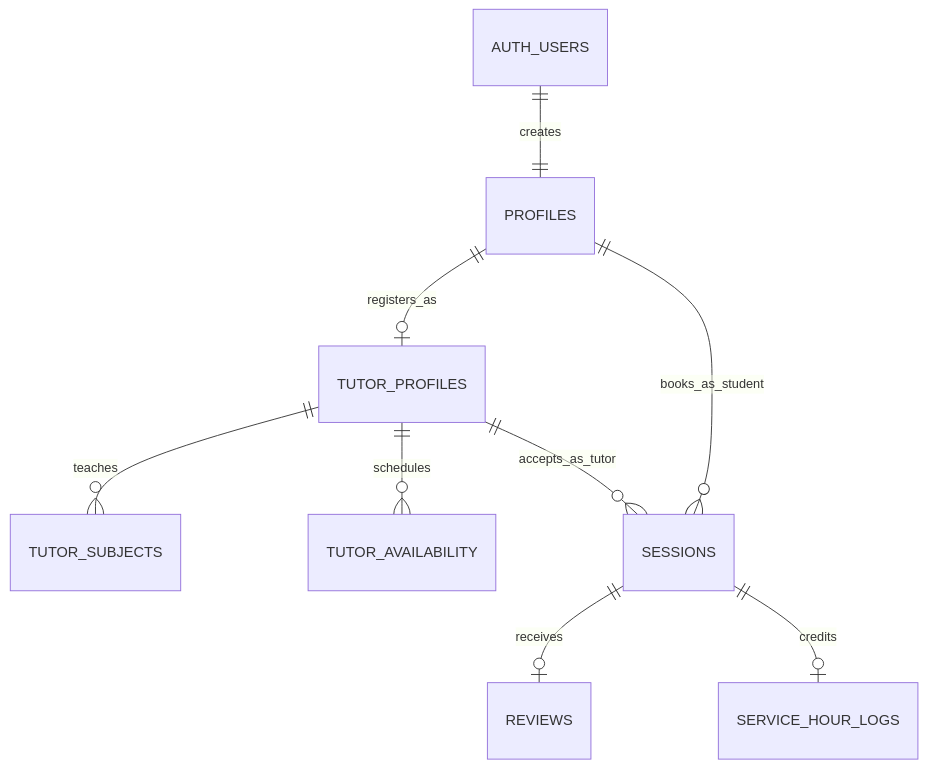
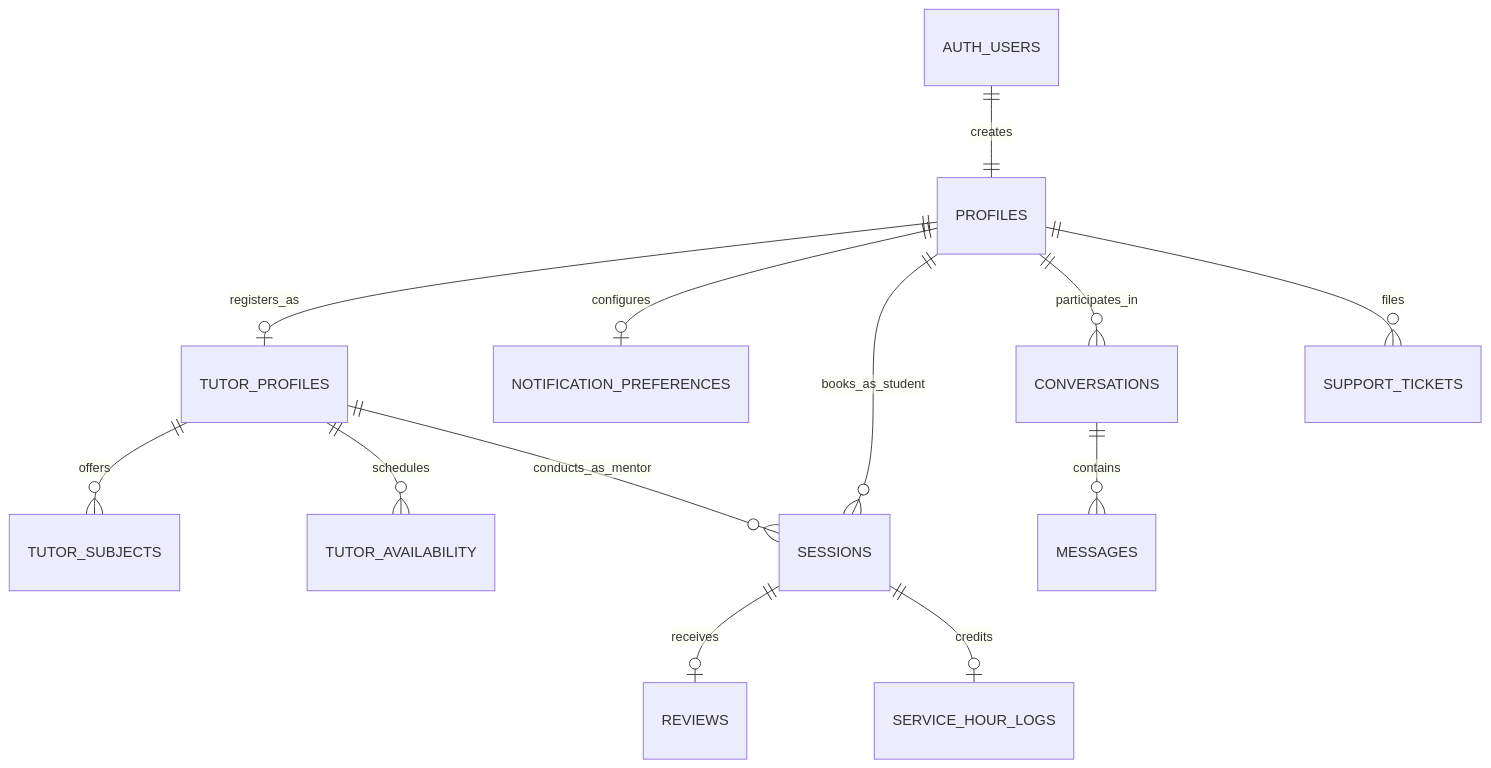
One commit to jaynzxc/MentorshipTutoringApp changed the diagram in .agent/skills/database/SKILL.md. Above: the diagram before and after it, drawn with Mermaid. The commit also changed other lines of this file and 23 other files, not shown here.

````diff
--- a/.agent/skills/database/SKILL.md
+++ b/.agent/skills/database/SKILL.md
@@ -30,11 +32,15 @@
 ```mermaid
 erDiagram
     AUTH_USERS ||--|| PROFILES : creates
     PROFILES ||--o| TUTOR_PROFILES : registers_as
-    TUTOR_PROFILES ||--o{ TUTOR_SUBJECTS : teaches
+    PROFILES ||--o| NOTIFICATION_PREFERENCES : configures
+    TUTOR_PROFILES ||--o{ TUTOR_SUBJECTS : offers
     TUTOR_PROFILES ||--o{ TUTOR_AVAILABILITY : schedules
     PROFILES ||--o{ SESSIONS : books_as_student
-    TUTOR_PROFILES ||--o{ SESSIONS : accepts_as_tutor
+    TUTOR_PROFILES ||--o{ SESSIONS : conducts_as_mentor
     SESSIONS ||--o| REVIEWS : receives
     SESSIONS ||--o| SERVICE_HOUR_LOGS : credits
+    PROFILES ||--o{ CONVERSATIONS : participates_in
+    CONVERSATIONS ||--o{ MESSAGES : contains
+    PROFILES ||--o{ SUPPORT_TICKETS : files
 ```
````
